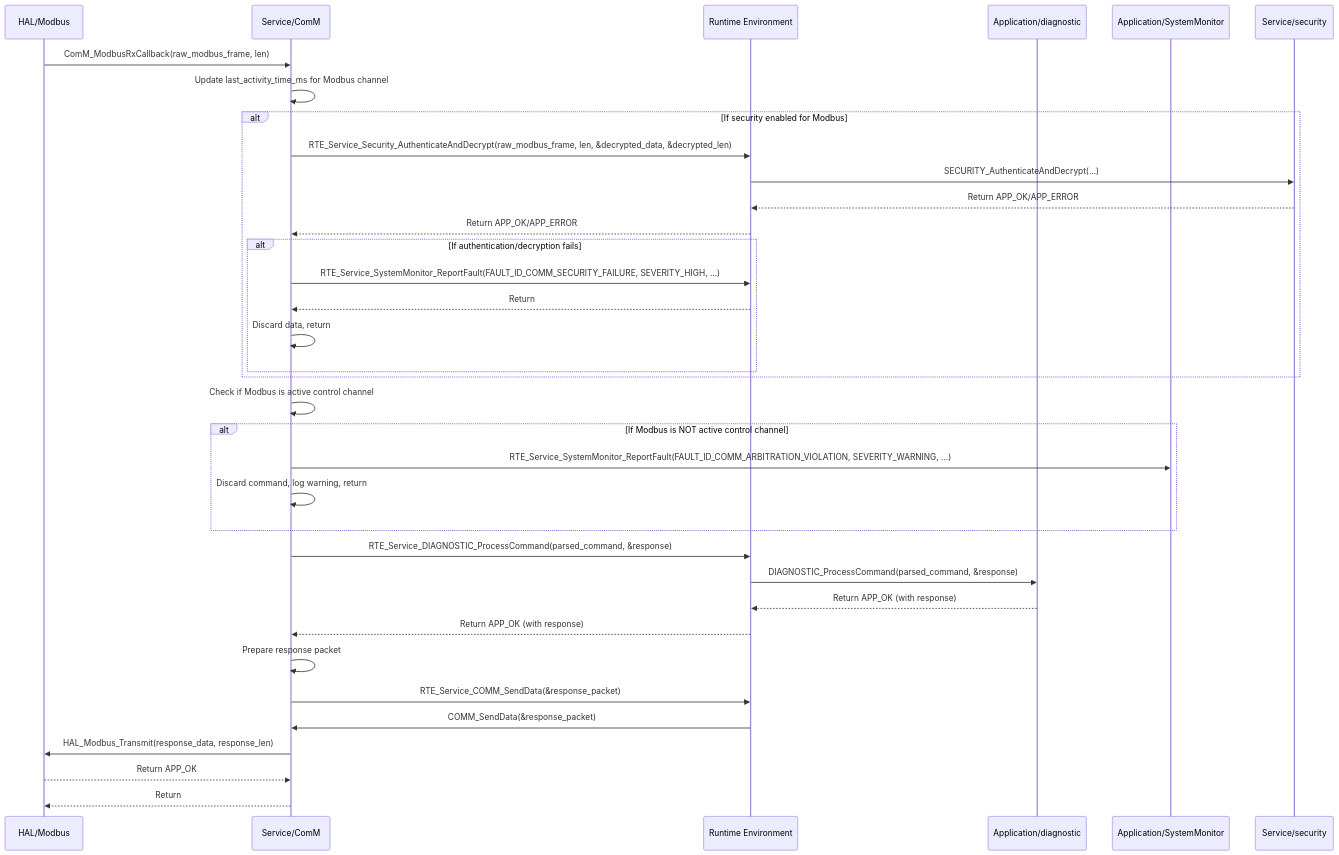
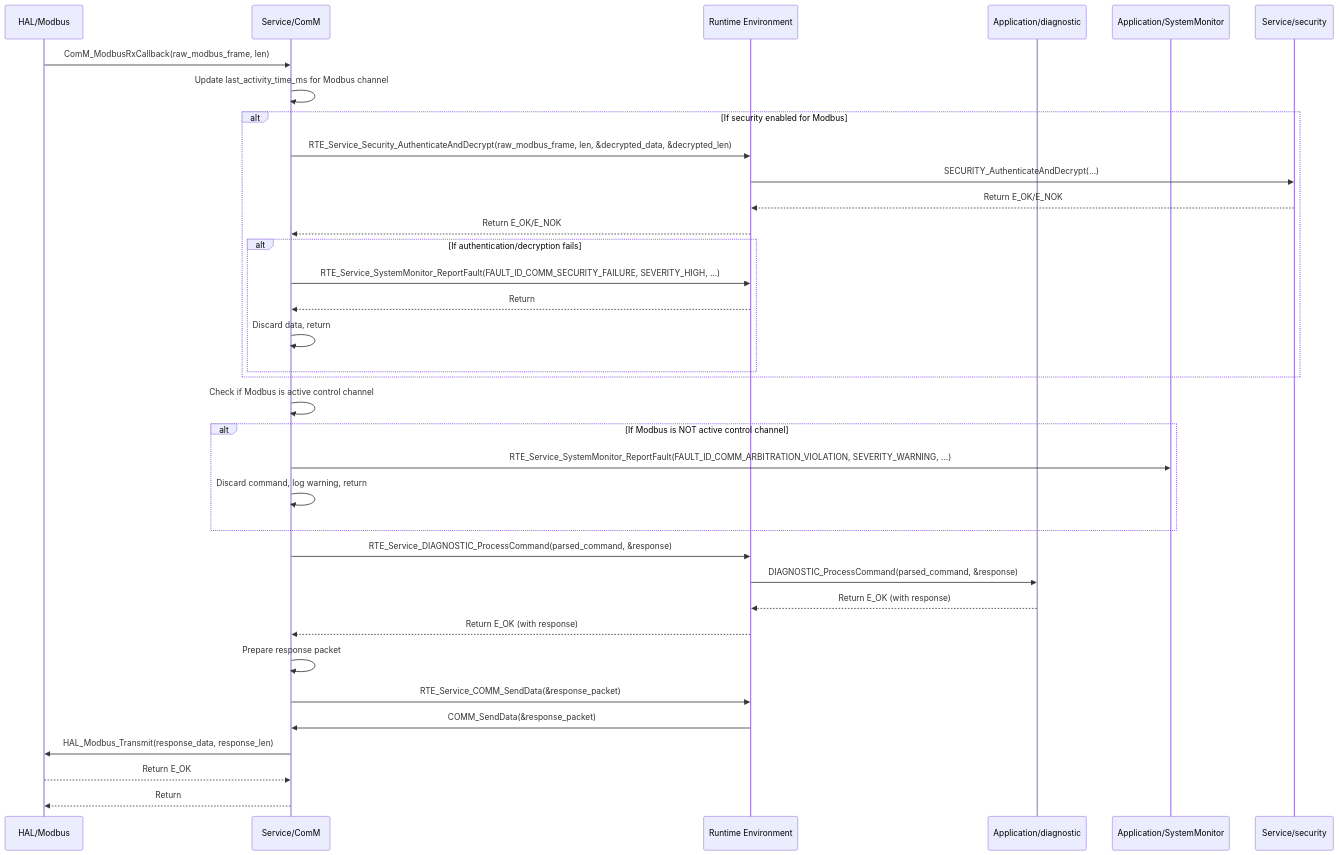
The diagram in Requiremets/Design/Service/ComM.md (ashaker-2/Platform), drawn with Mermaid before and after one commit. The commit also changed other lines of this file and 716 other files, not shown here.

````diff
--- a/Requiremets/Design/Service/ComM.md
+++ b/Requiremets/Design/Service/ComM.md
@@ -292,38 +292,38 @@
 ```mermaid
 sequenceDiagram  
     participant HAL_Modbus as HAL/Modbus  
     participant ComM as Service/ComM  
     participant RTE as Runtime Environment  
     participant Diagnostic as Application/diagnostic  
     participant SystemMonitor as Application/SystemMonitor  
     participant Security as Service/security
 
     HAL_Modbus->>ComM: ComM_ModbusRxCallback(raw_modbus_frame, len)  
     ComM->>ComM: Update last_activity_time_ms for Modbus channel  
     alt If security enabled for Modbus  
         ComM->>RTE: RTE_Service_Security_AuthenticateAndDecrypt(raw_modbus_frame, len, &decrypted_data, &decrypted_len)  
         RTE->>Security: SECURITY_AuthenticateAndDecrypt(...)  
-        Security-->>RTE: Return APP_OK/APP_ERROR  
-        RTE-->>ComM: Return APP_OK/APP_ERROR  
+        Security-->>RTE: Return E_OK/E_NOK  
+        RTE-->>ComM: Return E_OK/E_NOK  
         alt If authentication/decryption fails  
             ComM->>RTE: RTE_Service_SystemMonitor_ReportFault(FAULT_ID_COMM_SECURITY_FAILURE, SEVERITY_HIGH, ...)  
             RTE-->>ComM: Return  
             ComM->>ComM: Discard data, return  
         end  
     end  
     ComM->>ComM: Check if Modbus is active control channel  
     alt If Modbus is NOT active control channel  
         ComM->>SystemMonitor: RTE_Service_SystemMonitor_ReportFault(FAULT_ID_COMM_ARBITRATION_VIOLATION, SEVERITY_WARNING, ...)  
         ComM->>ComM: Discard command, log warning, return  
     end  
     ComM->>RTE: RTE_Service_DIAGNOSTIC_ProcessCommand(parsed_command, &response)  
     RTE->>Diagnostic: DIAGNOSTIC_ProcessCommand(parsed_command, &response)  
-    Diagnostic-->>RTE: Return APP_OK (with response)  
-    RTE-->>ComM: Return APP_OK (with response)  
+    Diagnostic-->>RTE: Return E_OK (with response)  
+    RTE-->>ComM: Return E_OK (with response)  
     ComM->>ComM: Prepare response packet  
     ComM->>RTE: RTE_Service_COMM_SendData(&response_packet)  
     RTE->>ComM: COMM_SendData(&response_packet)  
     ComM->>HAL_Modbus: HAL_Modbus_Transmit(response_data, response_len)  
-    HAL_Modbus-->>ComM: Return APP_OK  
+    HAL_Modbus-->>ComM: Return E_OK  
     ComM-->>HAL_Modbus: Return
 ```
````
